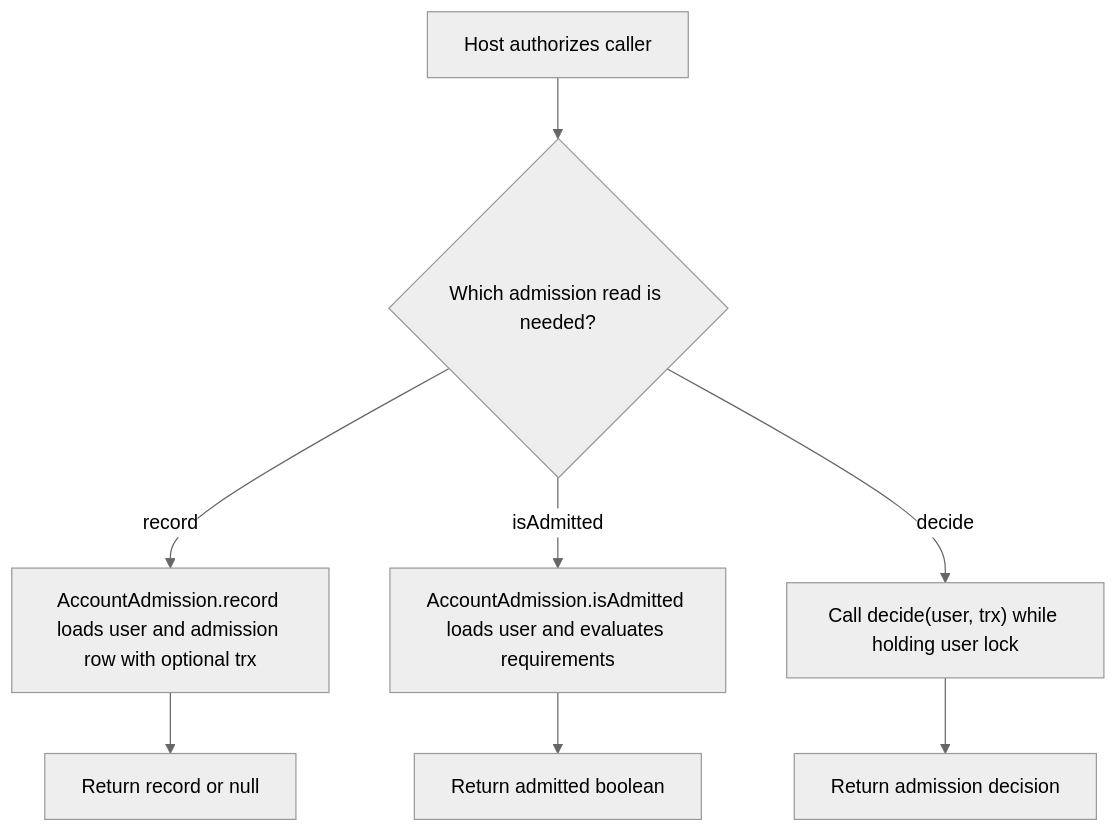
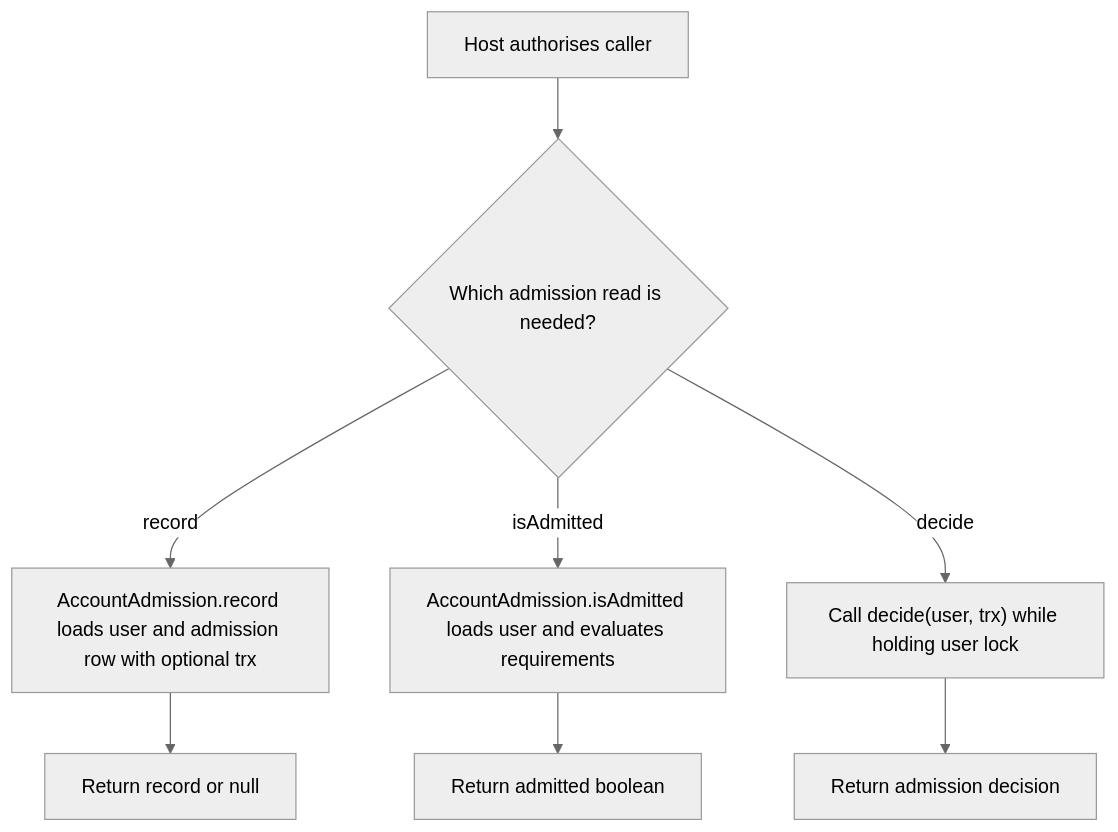
The second of 2 diagrams in user-stories/US-ACCOUNT-57-check-admission-record.md (Kevinjohn/oss-adonisjs-account-kit), drawn with Mermaid (neutral theme) before and after one commit. The commit also changed other lines of this file and 93 other files, not shown here.

````diff
--- a/user-stories/US-ACCOUNT-57-check-admission-record.md
+++ b/user-stories/US-ACCOUNT-57-check-admission-record.md
@@ -33,10 +33,10 @@
 ```mermaid
 flowchart TD
- A["Host authorizes caller"] --> B{"Which admission read is needed?"}
+ A["Host authorises caller"] --> B{"Which admission read is needed?"}
  B -->|record| C["AccountAdmission.record loads user and admission row with optional trx"]
  B -->|isAdmitted| D["AccountAdmission.isAdmitted loads user and evaluates requirements"]
  B -->|decide| E["Call decide(user, trx) while holding user lock"]
  C --> F["Return record or null"]
  D --> G["Return admitted boolean"]
  E --> H["Return admission decision"]
 ```
````
